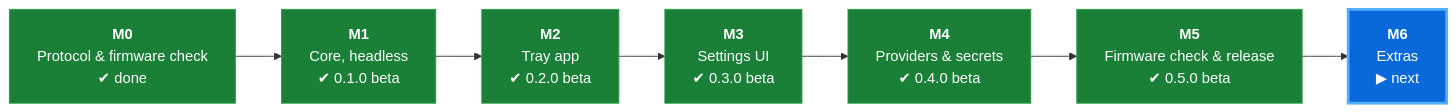
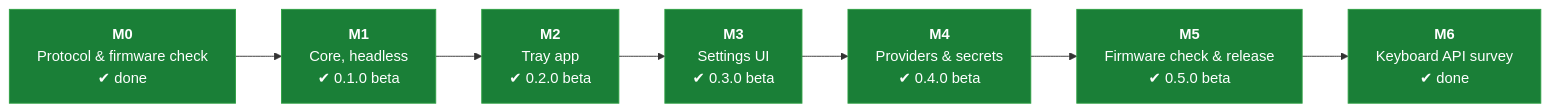
Before and after one commit to MrUrdam/chilkey_nd104_utilities: the diagram in apps/nd104-sync/README.md, drawn with Mermaid. The commit also changed 8 other files, not shown here.

First line of the commit message:
M6: keyboard API survey, battery and theme findings

````diff
--- a/apps/nd104-sync/README.md
+++ b/apps/nd104-sync/README.md
@@ -513,15 +513,15 @@
 ```mermaid
 flowchart LR
     M0["<b>M0</b><br/>Protocol &amp; firmware check<br/>✔ done"]:::done
     M1["<b>M1</b><br/>Core, headless<br/>✔ 0.1.0 beta"]:::done
     M2["<b>M2</b><br/>Tray app<br/>✔ 0.2.0 beta"]:::done
     M3["<b>M3</b><br/>Settings UI<br/>✔ 0.3.0 beta"]:::done
     M4["<b>M4</b><br/>Providers &amp; secrets<br/>✔ 0.4.0 beta"]:::done
     M5["<b>M5</b><br/>Firmware check &amp; release<br/>✔ 0.5.0 beta"]:::done
-    M6["<b>M6</b><br/>Extras<br/>▶ next"]:::current
+    M6["<b>M6</b><br/>Keyboard API survey<br/>✔ done"]:::done
     M0 --> M1 --> M2 --> M3 --> M4 --> M5 --> M6
 
     classDef done fill:#1a7f37,stroke:#2ea043,color:#ffffff
     classDef current fill:#0969da,stroke:#54aeff,color:#ffffff,stroke-width:3px
     classDef todo fill:#6e7781,stroke:#8c959f,color:#ffffff
 ```
````
